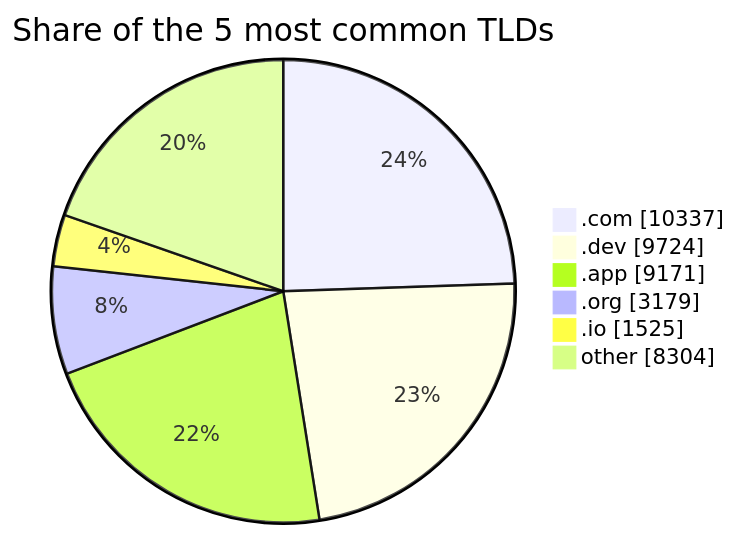
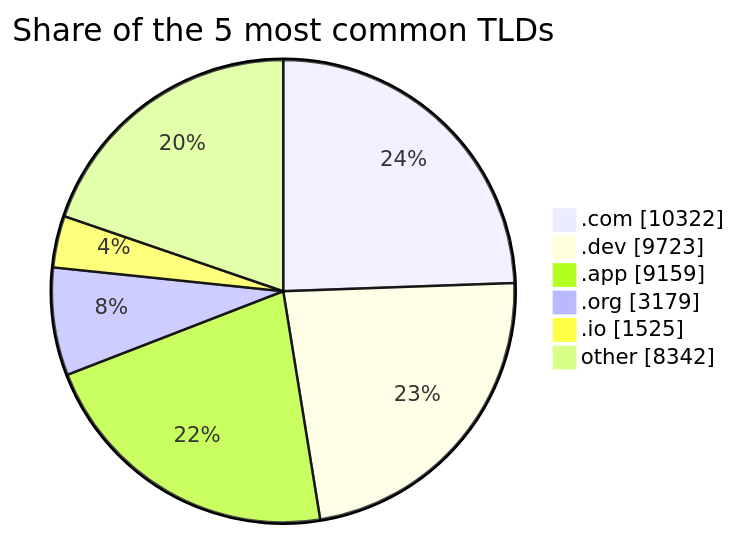
Before and after one commit to DNSBunker/CTI: the third of 3 diagrams in README.md, drawn with Mermaid. The commit also changed other lines of this file and 3 other files, not shown here.

````diff
--- a/README.md
+++ b/README.md
@@ -81,9 +81,9 @@
 ```mermaid
 pie showData title Share of the 5 most common TLDs
-    ".com" : 10337
-    ".dev" : 9724
-    ".app" : 9171
+    ".com" : 10322
+    ".dev" : 9723
+    ".app" : 9159
     ".org" : 3179
     ".io" : 1525
-    "other" : 8304
+    "other" : 8342
 ```
````
